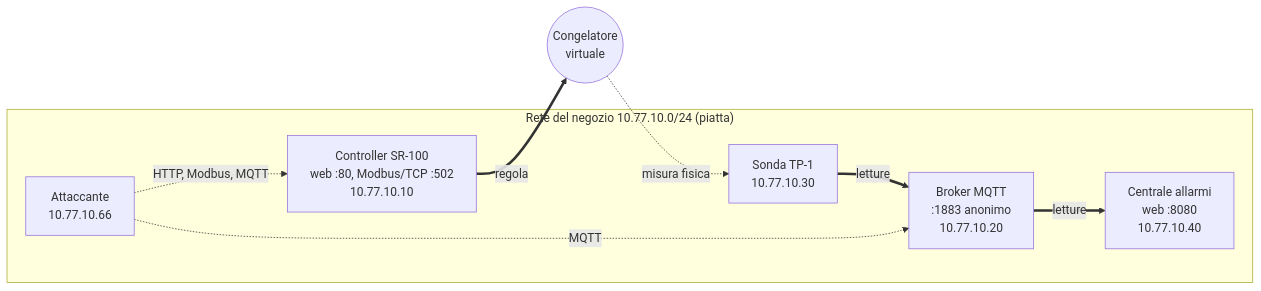
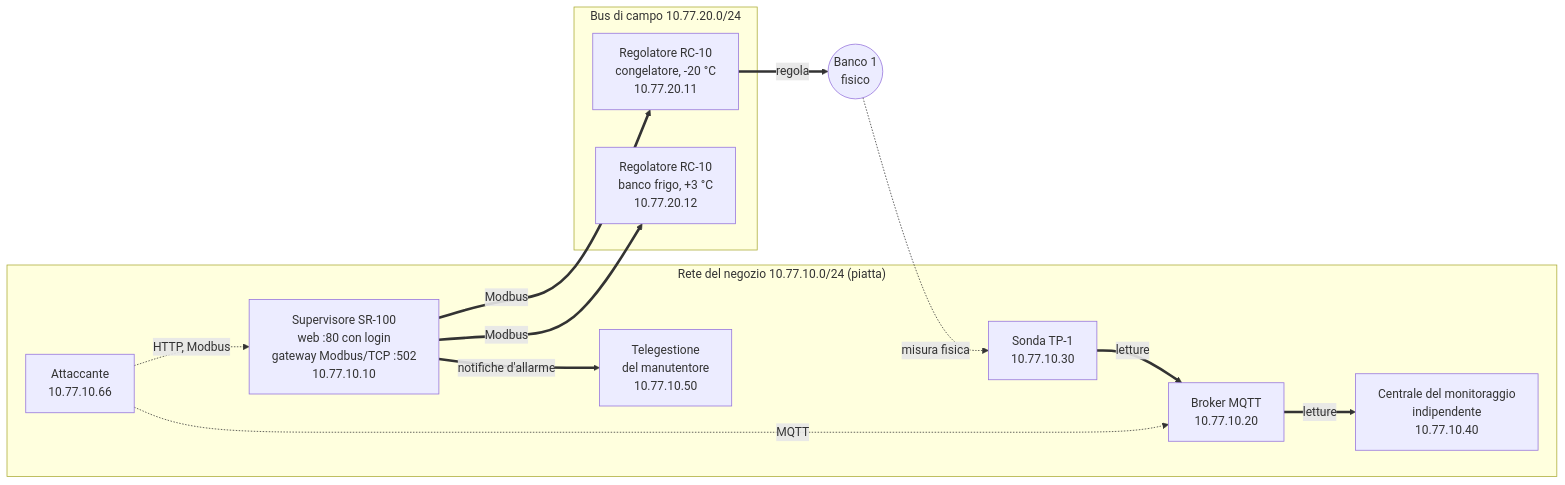
One commit to diebru/cold-chain-ot-testbed changed the diagram in docs/threat_model.md. Above: the diagram before and after it, drawn with Mermaid. The commit also changed other lines of this file, not shown here.

````diff
--- a/docs/threat_model.md
+++ b/docs/threat_model.md
@@ -15,17 +17,25 @@
 ```mermaid
 flowchart LR
+  subgraph campo["Bus di campo 10.77.20.0/24"]
+    R1["Regolatore RC-10<br/>congelatore, -20 °C<br/>10.77.20.11"]
+    R2["Regolatore RC-10<br/>banco frigo, +3 °C<br/>10.77.20.12"]
+  end
   subgraph negozio["Rete del negozio 10.77.10.0/24 (piatta)"]
-    C["Controller SR-100<br/>web :80, Modbus/TCP :502<br/>10.77.10.10"]
-    B["Broker MQTT<br/>:1883 anonimo<br/>10.77.10.20"]
+    SUP["Supervisore SR-100<br/>web :80 con login<br/>gateway Modbus/TCP :502<br/>10.77.10.10"]
+    TG["Telegestione<br/>del manutentore<br/>10.77.10.50"]
+    B["Broker MQTT<br/>10.77.10.20"]
     S["Sonda TP-1<br/>10.77.10.30"]
-    A["Centrale allarmi<br/>web :8080<br/>10.77.10.40"]
+    C["Centrale del monitoraggio<br/>indipendente<br/>10.77.10.40"]
     X["Attaccante<br/>10.77.10.66"]
   end
-  F(("Congelatore<br/>virtuale"))
-  C ==>|regola| F
-  F -.->|misura fisica| S
+  F1(("Banco 1<br/>fisico"))
+  SUP ==>|Modbus| R1
+  SUP ==>|Modbus| R2
+  SUP ==>|notifiche d'allarme| TG
+  R1 ==>|regola| F1
+  F1 -.->|misura fisica| S
   S ==>|letture| B
-  B ==>|letture| A
-  X -.->|HTTP, Modbus, MQTT| C
+  B ==>|letture| C
+  X -.->|HTTP, Modbus| SUP
   X -.->|MQTT| B
 ```
````
